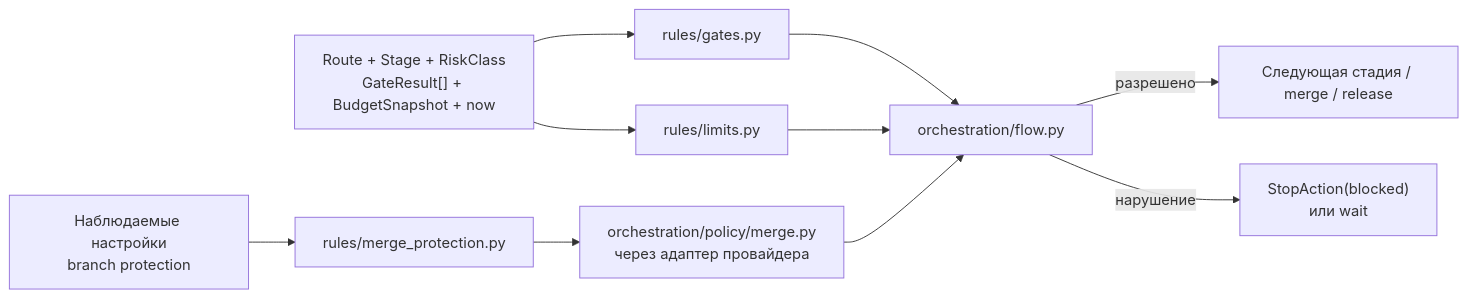
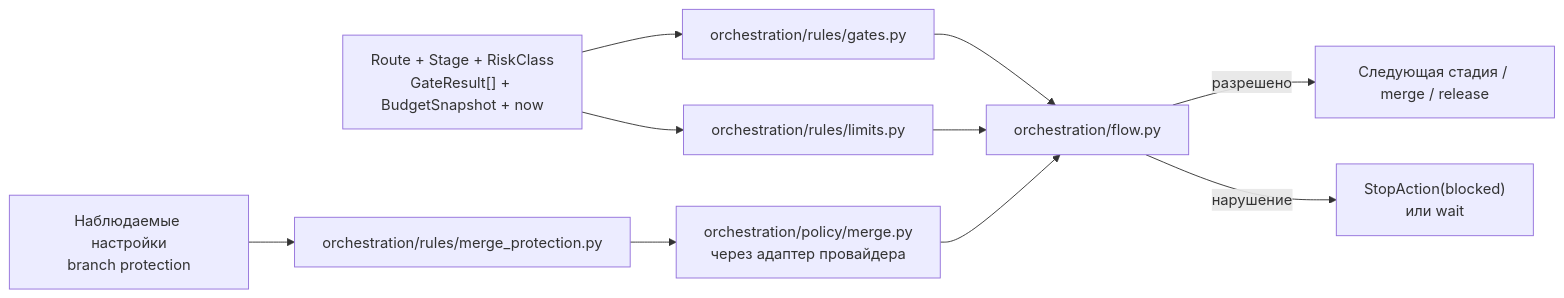
The first of 4 diagrams in docs/descriptions/rules.md (vadagama/dark-factory-mvp), drawn with Mermaid before and after one commit. The commit also changed other lines of this file and 59 other files, not shown here.

First line of the commit message:
refactor(t119): fold flows, rules and ci packages into orchestration (ADR-038)

````diff
--- a/docs/descriptions/rules.md
+++ b/docs/descriptions/rules.md
@@ -19,12 +19,12 @@
 ```mermaid
 flowchart LR
-    INPUT["Route + Stage + RiskClass\nGateResult[] + BudgetSnapshot + now"] --> GATES["rules/gates.py"]
-    INPUT --> LIMITS["rules/limits.py"]
-    OBSERVED["Наблюдаемые настройки\nbranch protection"] --> MP["rules/merge_protection.py"]
+    INPUT["Route + Stage + RiskClass\nGateResult[] + BudgetSnapshot + now"] --> GATES["orchestration/rules/gates.py"]
+    INPUT --> LIMITS["orchestration/rules/limits.py"]
+    OBSERVED["Наблюдаемые настройки\nbranch protection"] --> MP["orchestration/rules/merge_protection.py"]
     GATES --> FLOW["orchestration/flow.py"]
     LIMITS --> FLOW
     MP --> MERGE["orchestration/policy/merge.py\nчерез адаптер провайдера"]
     MERGE --> FLOW
     FLOW -->|"разрешено"| CONTINUE["Следующая стадия / merge / release"]
     FLOW -->|"нарушение"| BLOCKED["StopAction(blocked)\nили wait"]
 ```
````
